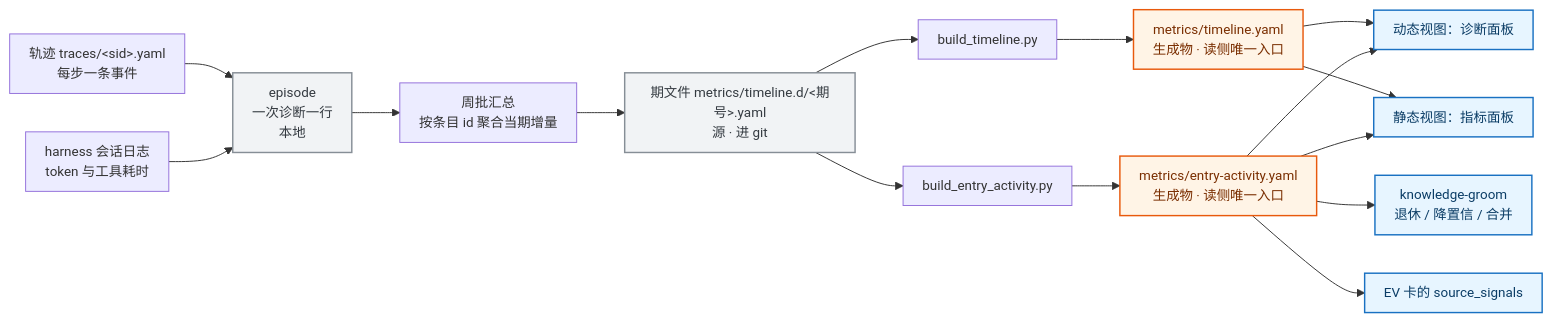
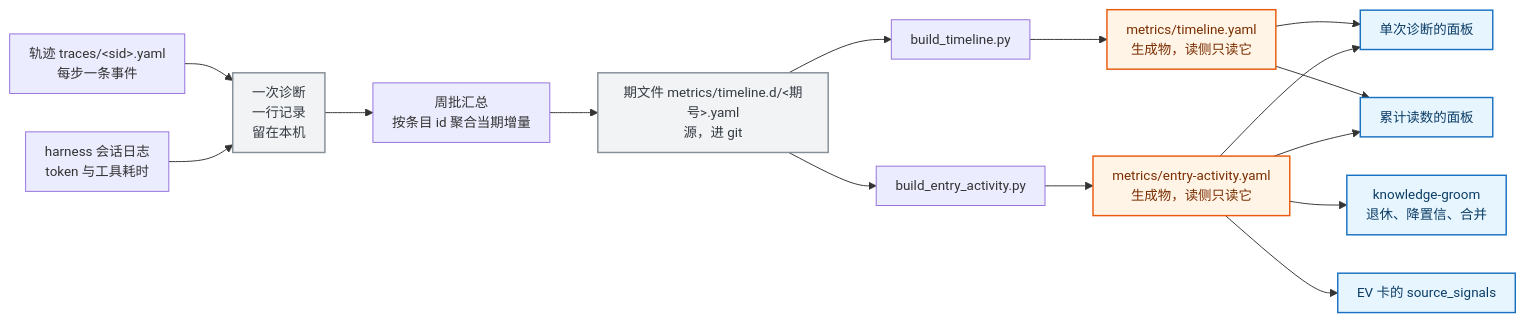
The diagram in docs/mechanism/diagnosis-observability.md (Bowen-Leee/ascend-sleuth), drawn with Mermaid before and after one commit. The commit also changed other lines of this file and 1 other file, not shown here.

````diff
--- a/docs/mechanism/diagnosis-observability.md
+++ b/docs/mechanism/diagnosis-observability.md
@@ -51,25 +51,25 @@
 ```mermaid
 %%{init: {'themeVariables':{'fontSize':'14px'},'flowchart':{'curve':'basis','nodeSpacing':40,'rankSpacing':50,'padding':10}}}%%
 flowchart LR
     TR["轨迹 traces/&lt;sid&gt;.yaml<br/>每步一条事件"] --> EP
     LG["harness 会话日志<br/>token 与工具耗时"] --> EP
-    EP["episode<br/>一次诊断一行<br/>本地"] --> AG
-    AG["周批汇总<br/>按条目 id 聚合当期增量"] --> PF["期文件 metrics/timeline.d/&lt;期号&gt;.yaml<br/>源 · 进 git"]
+    EP["一次诊断<br/>一行记录<br/>留在本机"] --> AG
+    AG["周批汇总<br/>按条目 id 聚合当期增量"] --> PF["期文件 metrics/timeline.d/&lt;期号&gt;.yaml<br/>源，进 git"]
     PF --> B1["build_timeline.py"]
     PF --> B2["build_entry_activity.py"]
-    B1 --> TI["metrics/timeline.yaml<br/>生成物 · 读侧唯一入口"]
-    B2 --> EA["metrics/entry-activity.yaml<br/>生成物 · 读侧唯一入口"]
-    TI --> V1["动态视图：诊断面板"]
+    B1 --> TI["metrics/timeline.yaml<br/>生成物，读侧只读它"]
+    B2 --> EA["metrics/entry-activity.yaml<br/>生成物，读侧只读它"]
+    TI --> V1["单次诊断的面板"]
     EA --> V1
-    TI --> V2["静态视图：指标面板"]
+    TI --> V2["累计读数的面板"]
     EA --> V2
-    EA --> GR["knowledge-groom<br/>退休 / 降置信 / 合并"]
+    EA --> GR["knowledge-groom<br/>退休、降置信、合并"]
     EA --> EV["EV 卡的 source_signals"]
 
     classDef store fill:#f1f3f5,stroke:#868e96,stroke-width:1.5px,color:#343a40
     classDef gen fill:#fff4e6,stroke:#e8590c,stroke-width:1.5px,color:#7a2e00
     classDef view fill:#e7f5ff,stroke:#1971c2,stroke-width:1.5px,color:#0b3d66
     class EP,PF store
     class TI,EA gen
     class V1,V2,GR,EV view
 ```
````
